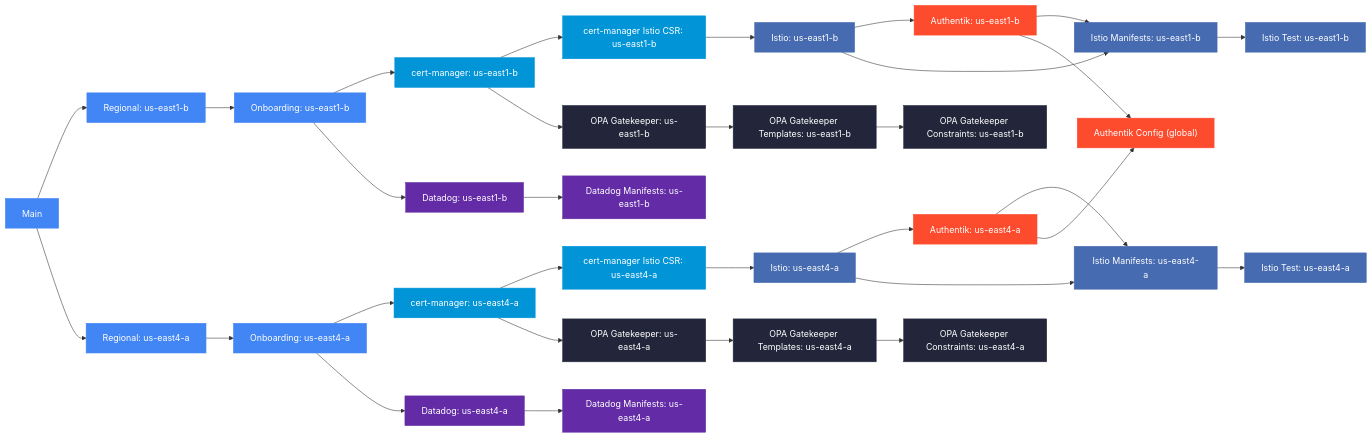
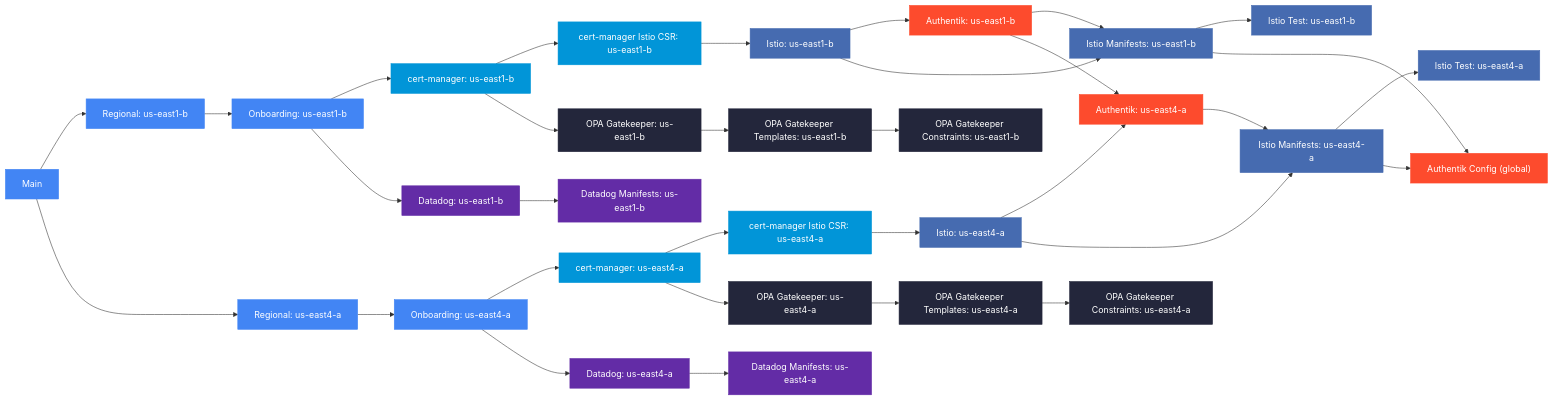
One commit to osinfra-io/pt-pneuma changed the diagram in README.md. Above: the diagram before and after it, drawn with Mermaid. The commit also changed other lines of this file and 20 other files, not shown here.

````diff
--- a/README.md
+++ b/README.md
@@ -36,44 +38,45 @@
 ```mermaid
 flowchart LR
     classDef gke fill:#4285F4,stroke:#4285F4,color:#fff
     classDef certmanager fill:#0195D8,stroke:#0195D8,color:#fff
     classDef istio fill:#466BB0,stroke:#466BB0,color:#fff
     classDef datadog fill:#632CA6,stroke:#632CA6,color:#fff
     classDef opa fill:#23263B,stroke:#23263B,color:#fff
     classDef authentik fill:#FD4B2D,stroke:#FD4B2D,color:#fff
 
     main["Main"]:::gke
 
     main --> z1_regional["Regional: us-east1-b"]:::gke
     z1_regional --> z1_onboarding["Onboarding: us-east1-b"]:::gke
     z1_onboarding --> z1_cert_manager["cert-manager: us-east1-b"]:::certmanager
     z1_onboarding --> z1_datadog["Datadog: us-east1-b"]:::datadog
     z1_cert_manager --> z1_cert_manager_istio_csr["cert-manager Istio CSR: us-east1-b"]:::certmanager
     z1_cert_manager --> z1_opa_gatekeeper["OPA Gatekeeper: us-east1-b"]:::opa
     z1_cert_manager_istio_csr --> z1_istio["Istio: us-east1-b"]:::istio
     z1_istio --> z1_authentik["Authentik: us-east1-b"]:::authentik
     z1_istio --> z1_istio_manifests["Istio Manifests: us-east1-b"]:::istio
     z1_authentik --> z1_istio_manifests
     z1_istio_manifests --> z1_istio_test["Istio Test: us-east1-b"]:::istio
     z1_datadog --> z1_datadog_manifests["Datadog Manifests: us-east1-b"]:::datadog
     z1_opa_gatekeeper --> z1_opa_templates["OPA Gatekeeper Templates: us-east1-b"]:::opa
     z1_opa_templates --> z1_opa_constraints["OPA Gatekeeper Constraints: us-east1-b"]:::opa
 
     main --> z2_regional["Regional: us-east4-a"]:::gke
     z2_regional --> z2_onboarding["Onboarding: us-east4-a"]:::gke
     z2_onboarding --> z2_cert_manager["cert-manager: us-east4-a"]:::certmanager
     z2_onboarding --> z2_datadog["Datadog: us-east4-a"]:::datadog
     z2_cert_manager --> z2_cert_manager_istio_csr["cert-manager Istio CSR: us-east4-a"]:::certmanager
     z2_cert_manager --> z2_opa_gatekeeper["OPA Gatekeeper: us-east4-a"]:::opa
     z2_cert_manager_istio_csr --> z2_istio["Istio: us-east4-a"]:::istio
-    z2_istio --> z2_authentik["Authentik: us-east4-a"]:::authentik
+    z1_authentik --> z2_authentik["Authentik: us-east4-a"]:::authentik
+    z2_istio --> z2_authentik
     z2_istio --> z2_istio_manifests["Istio Manifests: us-east4-a"]:::istio
     z2_authentik --> z2_istio_manifests
     z2_istio_manifests --> z2_istio_test["Istio Test: us-east4-a"]:::istio
     z2_datadog --> z2_datadog_manifests["Datadog Manifests: us-east4-a"]:::datadog
     z2_opa_gatekeeper --> z2_opa_templates["OPA Gatekeeper Templates: us-east4-a"]:::opa
     z2_opa_templates --> z2_opa_constraints["OPA Gatekeeper Constraints: us-east4-a"]:::opa
 
-    z1_authentik --> authentik_config["Authentik Config (global)"]:::authentik
-    z2_authentik --> authentik_config
+    z1_istio_manifests --> authentik_config["Authentik Config (global)"]:::authentik
+    z2_istio_manifests --> authentik_config
 ```
````
